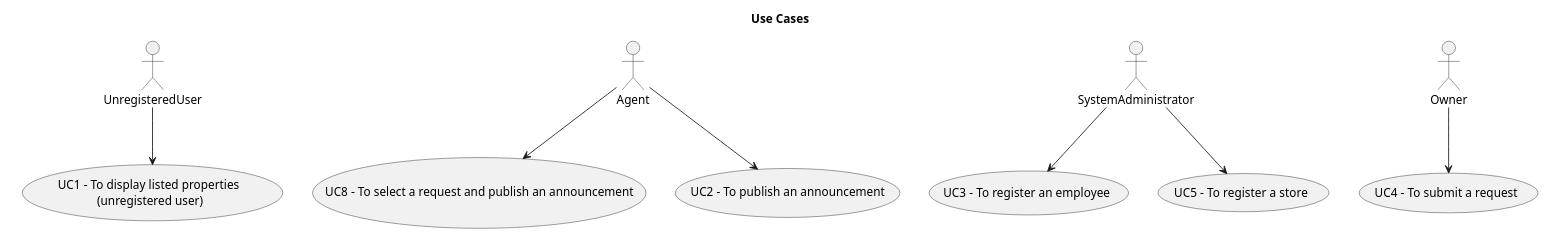
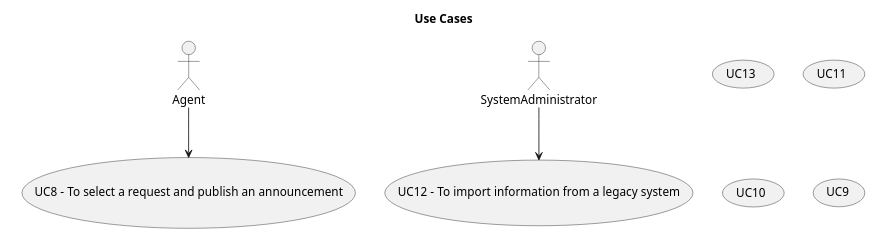
Before and after one commit to Rodrick0209/ISEP-LAPR2-22-23: the diagram in docs/Sprint-C/global-artifacts/01.requirements-engineering/puml/use-case-diagram.puml, drawn with PlantUML. The commit also changed 19 other files, not shown here.

```diff
--- a/docs/Sprint-C/global-artifacts/01.requirements-engineering/puml/use-case-diagram.puml
+++ b/docs/Sprint-C/global-artifacts/01.requirements-engineering/puml/use-case-diagram.puml
@@ -1,32 +1,26 @@
 @startuml
 'skinparam monochrome true
 skinparam packageStyle rectangle
 'skinparam shadowing false
 
 skinparam rectangle{
     BorderColor white
 }
 
 'title Use Case Diagram Example
 
 top to bottom direction
 
 rectangle "Use Cases" as usecases{
-    usecase "UC4 - To submit a request" as UC4
-    Owner --> UC4
-    usecase "UC3 - To register an employee" as UC3
-    SystemAdministrator --> UC3
-    usecase "UC5 - To register a store" as UC5
-    SystemAdministrator --> UC5
+    usecase "UC13" as UC13
+    usecase "UC12 - To import information from a legacy system" as UC12
+    SystemAdministrator--> UC12
+    usecase "UC11" as UC11
+    usecase "UC10" as UC10
+    usecase "UC9" as UC9
     usecase "UC8 - To select a request and publish an announcement" as UC8
-Agent--> UC8
-
-
-    usecase "UC2 - To publish an announcement" as UC2
-    Agent --> UC2
-    usecase "UC1 - To display listed properties \n(unregistered user)" as UC1
-    UnregisteredUser --> UC1
-    }
+    Agent--> UC8
+ }
 
 
 @enduml
```
